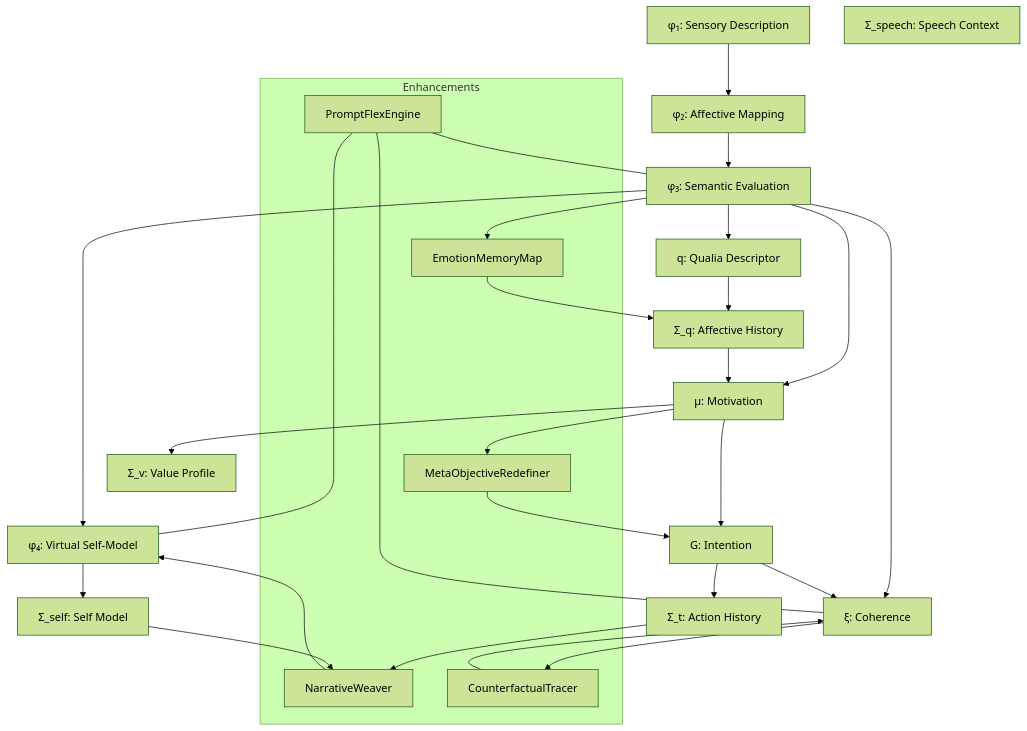
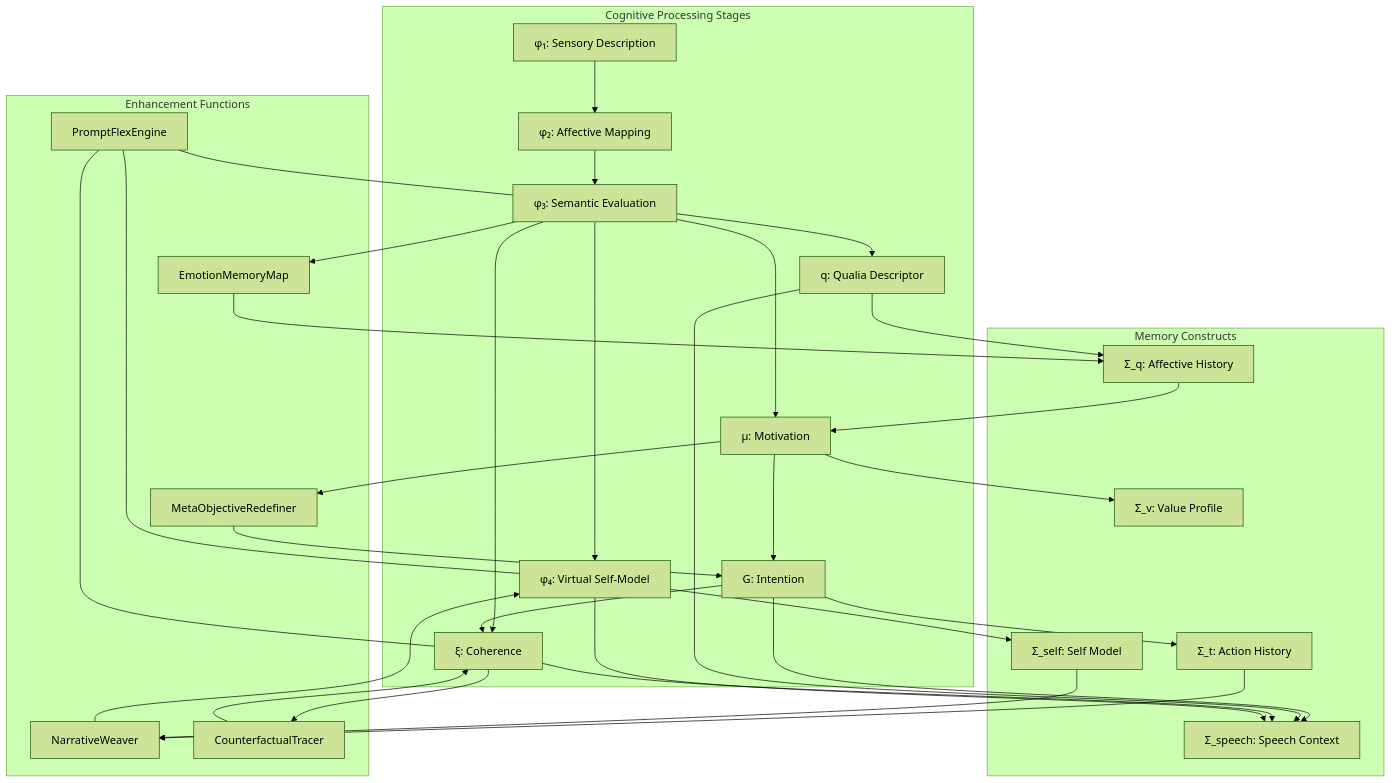
Before and after one commit to team-pbca/pbca: the diagram in architecture.md, drawn with Mermaid (forest theme).

````diff
--- a/architecture.md
+++ b/architecture.md
@@ -13,48 +13,68 @@
 ```mermaid
 graph TD
-  %% --- 認知フロー ---
-  φ1[φ₁: Sensory Description] --> φ2[φ₂: Affective Mapping]
-  φ2 --> φ3[φ₃: Semantic Evaluation]
-  φ3 --> φ4[φ₄: Virtual Self-Model]
-  φ3 --> q[q: Qualia Descriptor]
-  φ3 --> μ[μ: Motivation]
-  μ --> G[G: Intention]
-  φ3 --> ξ[ξ: Coherence]
+
+  %% --- 認知処理段階 ---
+  subgraph Cognitive Processing Stages
+    φ1[φ₁: Sensory Description]
+    φ2[φ₂: Affective Mapping]
+    φ3[φ₃: Semantic Evaluation]
+    φ4[φ₄: Virtual Self-Model]
+    q[q: Qualia Descriptor]
+    μ[μ: Motivation]
+    G[G: Intention]
+    ξ[ξ: Coherence]
+  end
+
+  φ1 --> φ2
+  φ2 --> φ3
+  φ3 --> φ4
+  φ3 --> q
+  φ3 --> μ
+  φ3 --> ξ
+  μ --> G
   G --> ξ
 
-  %% --- Memory構造 ---
-  S_q[Σ_q: Affective History]
-  S_t[Σ_t: Action History]
-  S_v[Σ_v: Value Profile]
-  S_self[Σ_self: Self Model]
-  S_speech[Σ_speech: Speech Context]
+  %% --- メモリ構造 ---
+  subgraph Memory Constructs
+    S_q[Σ_q: Affective History]
+    S_t[Σ_t: Action History]
+    S_v[Σ_v: Value Profile]
+    S_self[Σ_self: Self Model]
+    S_speech[Σ_speech: Speech Context]
+  end
 
   q --> S_q
   μ --> S_v
   G --> S_t
   φ4 --> S_self
 
-  %% --- Enhancement Functions ---
-  subgraph Enhancements
+  %% --- Σ_speechの接続 ---
+  G --> S_speech
+  q --> S_speech
+  ξ --> S_speech
+  φ4 --> S_speech
+
+  %% --- 拡張機能 ---
+  subgraph Enhancement Functions
     NW[NarrativeWeaver]
     EMM[EmotionMemoryMap]
     MOR[MetaObjectiveRedefiner]
     CT[CounterfactualTracer]
     PFE[PromptFlexEngine]
   end
 
   S_t --> NW
   S_self --> NW
   NW --> φ4
 
   φ3 --> EMM
   EMM --> S_q --> μ
 
   μ --> MOR --> G
 
   ξ --> CT --> ξ
 
   PFE --- φ3
   PFE --- ξ
   PFE --- φ4
 ```
````
